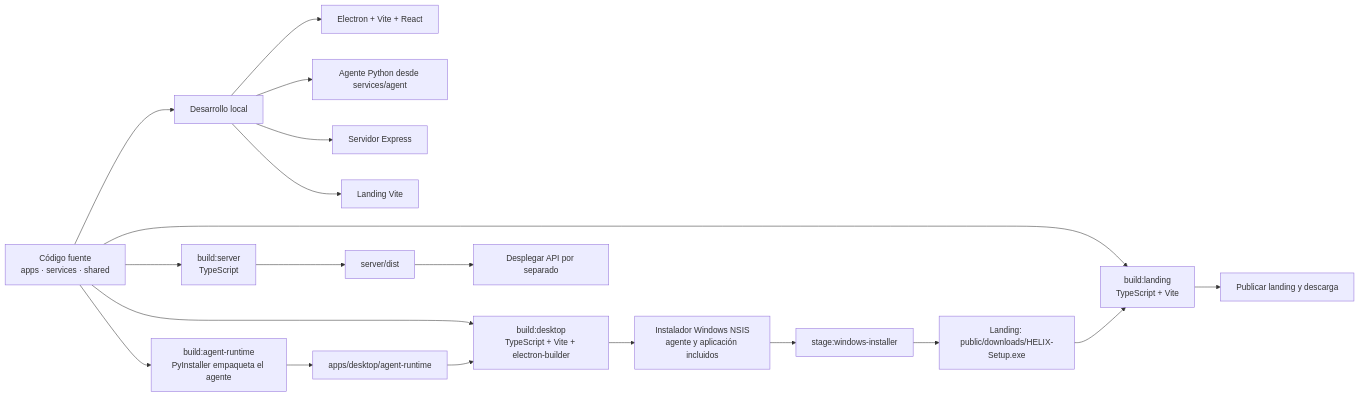
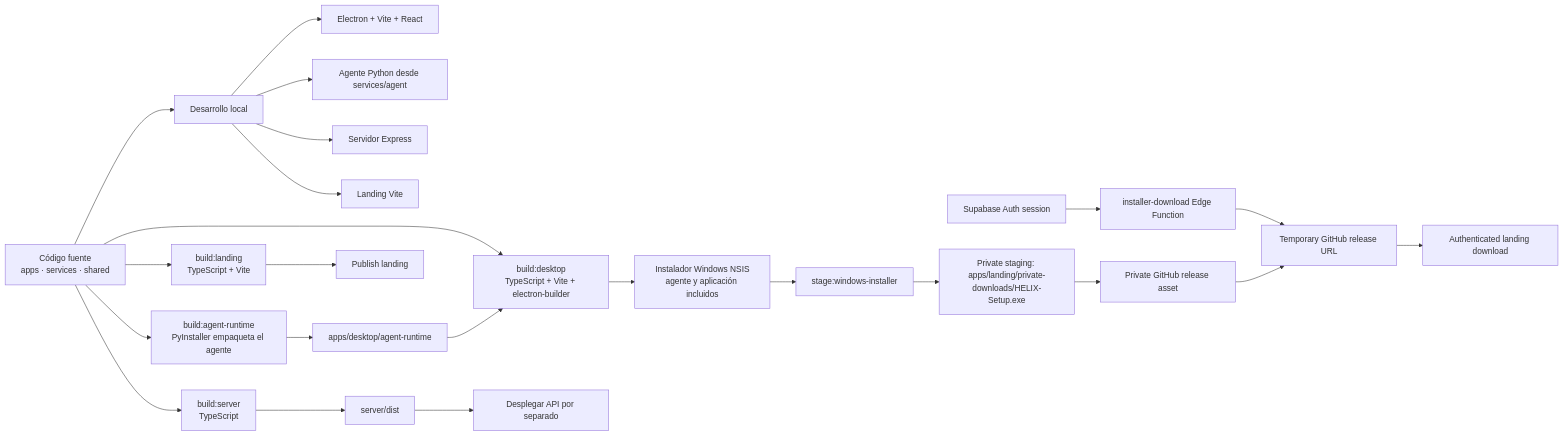
One commit to joelpizza0818-blip/Helix-Assitant changed the third of 3 diagrams in docs/PROJECT_FLOW.md. Above: the diagram before and after it, drawn with Mermaid. The commit also changed 29 other files, not shown here.

First line of the commit message:
feat: secure installer downloads with Supabase auth

````diff
--- a/docs/PROJECT_FLOW.md
+++ b/docs/PROJECT_FLOW.md
@@ -190,23 +190,27 @@
 ```mermaid
 flowchart LR
     SOURCE["Código fuente<br/>apps · services · shared"] --> DEV["Desarrollo local"]
     DEV --> DESKTOP["Electron + Vite + React"]
     DEV --> AGENTDEV["Agente Python desde services/agent"]
     DEV --> SERVERDEV["Servidor Express"]
     DEV --> LANDINGDEV["Landing Vite"]
 
     SOURCE --> PYINSTALLER["build:agent-runtime<br/>PyInstaller empaqueta el agente"]
     PYINSTALLER --> RUNTIME["apps/desktop/agent-runtime"]
     SOURCE --> DESKTOPBUILD["build:desktop<br/>TypeScript + Vite + electron-builder"]
     RUNTIME --> DESKTOPBUILD
     DESKTOPBUILD --> INSTALLER["Instalador Windows NSIS<br/>agente y aplicación incluidos"]
     INSTALLER --> STAGE["stage:windows-installer"]
-    STAGE --> DOWNLOAD["Landing: public/downloads/HELIX-Setup.exe"]
+    STAGE --> DOWNLOAD["Private staging: apps/landing/private-downloads/HELIX-Setup.exe"]
+    DOWNLOAD --> STORAGE["Private GitHub release asset"]
+    SESSION["Supabase Auth session"] --> EDGE["installer-download Edge Function"]
+    EDGE --> SIGNED["Temporary GitHub release URL"]
+    STORAGE --> SIGNED
+    SIGNED --> CLIENT["Authenticated landing download"]
     SOURCE --> LANDINGBUILD["build:landing<br/>TypeScript + Vite"]
-    DOWNLOAD --> LANDINGBUILD
-    LANDINGBUILD --> PUBLISH["Publicar landing y descarga"]
+    LANDINGBUILD --> PUBLISH["Publish landing"]
 
     SOURCE --> SERVERBUILD["build:server<br/>TypeScript"]
     SERVERBUILD --> SERVERARTIFACT["server/dist"]
     SERVERARTIFACT --> DEPLOYAPI["Desplegar API por separado"]
 ```
````
